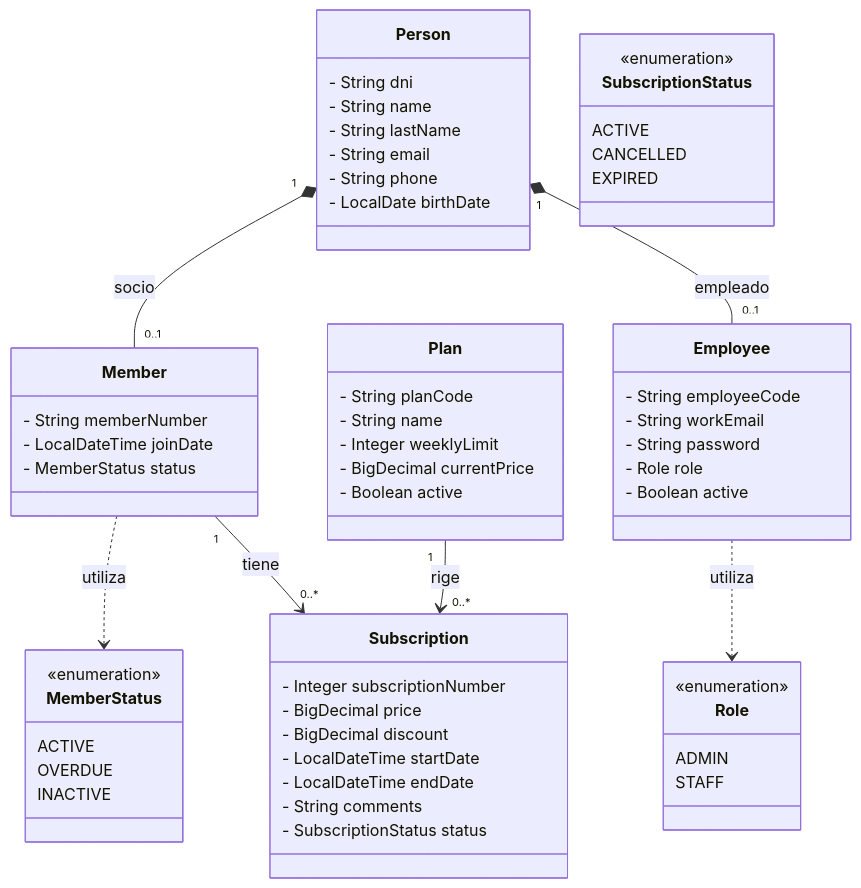
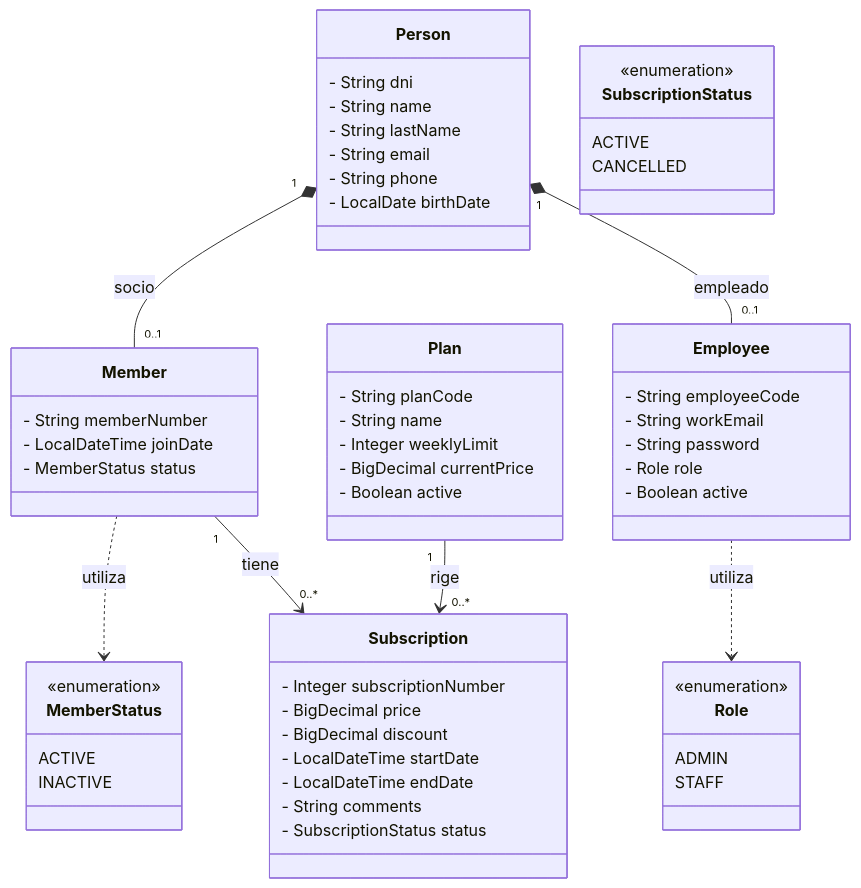
Before and after one commit to santiagovOK/TFI_grupo144: the first of 2 diagrams in docs/entidades.md, drawn with Mermaid. The commit also changed other lines of this file and 3 other files, not shown here.

````diff
--- a/docs/entidades.md
+++ b/docs/entidades.md
@@ -13,72 +13,70 @@
 ```mermaid
 classDiagram
     direction TB
 
     class Person {
         - String dni
         - String name
         - String lastName
         - String email
         - String phone
         - LocalDate birthDate
     }
 
     class Member {
         - String memberNumber
         - LocalDateTime joinDate
         - MemberStatus status
     }
 
     class Employee {
         - String employeeCode
         - String workEmail
         - String password
         - Role role
         - Boolean active
     }
 
     class Plan {
         - String planCode
         - String name
         - Integer weeklyLimit
         - BigDecimal currentPrice
         - Boolean active
     }
 
     class Subscription {
         - Integer subscriptionNumber
         - BigDecimal price
         - BigDecimal discount
         - LocalDateTime startDate
         - LocalDateTime endDate
         - String comments
         - SubscriptionStatus status
     }
 
     class SubscriptionStatus {
         <<enumeration>>
         ACTIVE
         CANCELLED
-        EXPIRED
     }
     class Role {
         <<enumeration>>
         ADMIN
         STAFF
     }
 
     class MemberStatus {
         <<enumeration>>
         ACTIVE
-        OVERDUE
         INACTIVE
     }
 
 
     Person "1" *-- "0..1" Member : socio
     Person "1" *-- "0..1" Employee : empleado
     Employee ..> Role : utiliza
     Member ..> MemberStatus : utiliza
     Member "1" --> "0..*" Subscription : tiene
     Plan "1" --> "0..*" Subscription : rige
 ```
````
